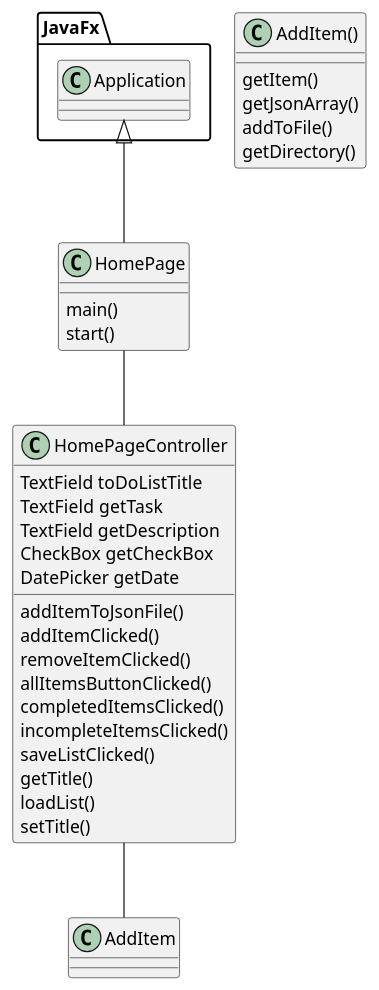
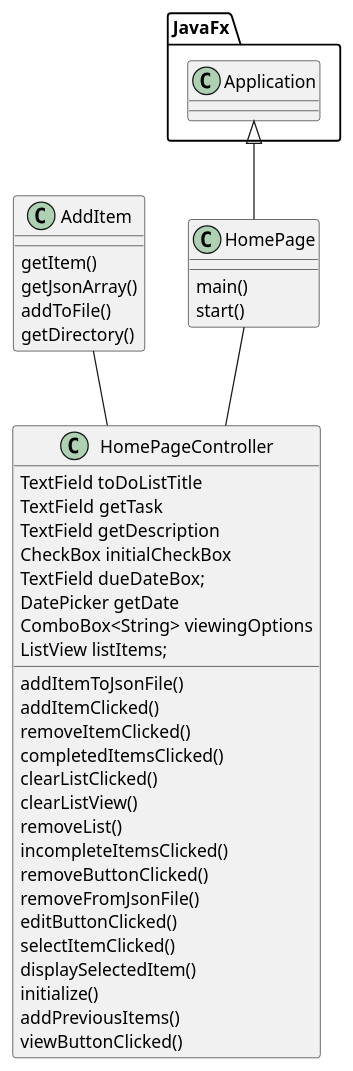
Before and after one commit to yuuniper/To-do-list: the diagram in uml/ToDoList.puml, drawn with PlantUML. The commit also changed 5 other files, not shown here.

```diff
--- a/uml/ToDoList.puml
+++ b/uml/ToDoList.puml
@@ -1,43 +1,52 @@
 @startuml
 'https://plantuml.com/class-diagram
 
 Class HomePage{
 main()
 start()
 }
 
 
 
 Class HomePageController{
 
 TextField toDoListTitle
 TextField getTask
 TextField getDescription
-CheckBox getCheckBox
+CheckBox initialCheckBox
+TextField dueDateBox;
 DatePicker getDate
+ComboBox<String> viewingOptions
+ ListView listItems;
 
 addItemToJsonFile()
 addItemClicked()
 removeItemClicked()
-allItemsButtonClicked()
 completedItemsClicked()
+clearListClicked()
+clearListView()
+removeList()
 incompleteItemsClicked()
-saveListClicked()
-getTitle()
-loadList()
-setTitle()
+removeButtonClicked()
+ removeFromJsonFile()
+editButtonClicked()
+selectItemClicked()
+displaySelectedItem()
+initialize()
+addPreviousItems()
+viewButtonClicked()
 }
 
-Class AddItem(){
+Class AddItem{
  getItem()
  getJsonArray()
  addToFile()
  getDirectory()
 }
 
 JavaFx.Application <|-- HomePage
 
 
 HomePage--HomePageController
-HomePageController--AddItem
+AddItem--HomePageController
 @enduml
```
